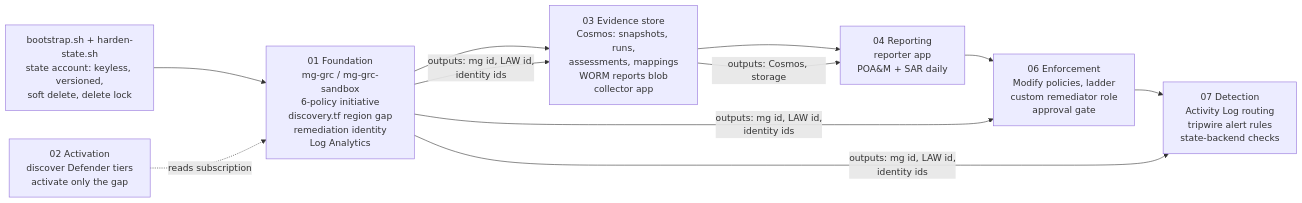
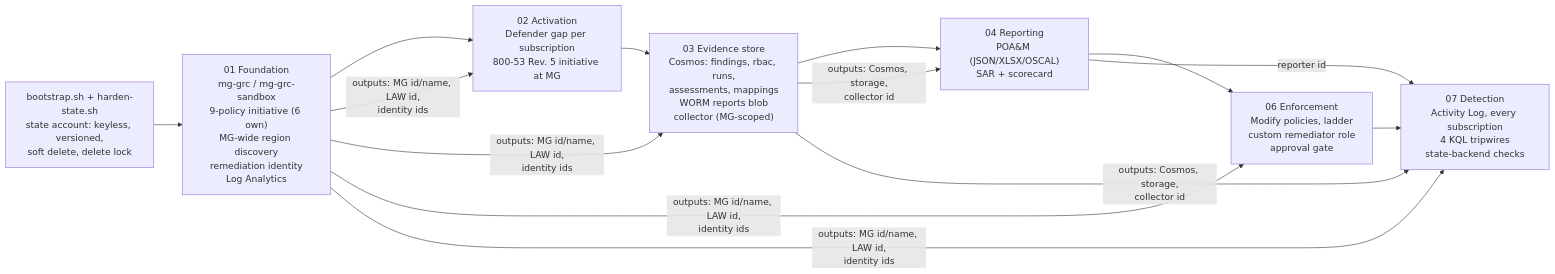
The first of 3 diagrams in docs/ARCHITECTURE.md (ThePrivacyPrince/CGE-Azure-Capstone), drawn with Mermaid before and after one commit. The commit also changed other lines of this file and 7 other files, not shown here.

First line of the commit message:
docs: FAFO scenario, federal track, scale by scope, schema justification

````diff
--- a/docs/ARCHITECTURE.md
+++ b/docs/ARCHITECTURE.md
@@ -7,12 +26,13 @@
 ```mermaid
 flowchart LR
-  B[bootstrap.sh + harden-state.sh<br/>state account: keyless, versioned,<br/>soft delete, delete lock] --> S01
-  S01[01 Foundation<br/>mg-grc / mg-grc-sandbox<br/>6-policy initiative<br/>discovery.tf region gap<br/>remediation identity<br/>Log Analytics] --> S03
-  S02[02 Activation<br/>discover Defender tiers<br/>activate only the gap] -.reads subscription.-> S01
-  S03[03 Evidence store<br/>Cosmos: snapshots, runs,<br/>assessments, mappings<br/>WORM reports blob<br/>collector app] --> S04
-  S04[04 Reporting<br/>reporter app<br/>POA&M + SAR daily] --> S06
-  S06[06 Enforcement<br/>Modify policies, ladder<br/>custom remediator role<br/>approval gate] --> S07
-  S07[07 Detection<br/>Activity Log routing<br/>tripwire alert rules<br/>state-backend checks]
-  S01 -->|outputs: mg id, LAW id,<br/>identity ids| S03 & S06 & S07
-  S03 -->|outputs: Cosmos, storage| S04
+  B["bootstrap.sh + harden-state.sh<br/>state account: keyless, versioned,<br/>soft delete, delete lock"] --> S01
+  S01["01 Foundation<br/>mg-grc / mg-grc-sandbox<br/>9-policy initiative (6 own)<br/>MG-wide region discovery<br/>remediation identity<br/>Log Analytics"] --> S02
+  S02["02 Activation<br/>Defender gap per subscription<br/>800-53 Rev. 5 initiative at MG"] --> S03
+  S03["03 Evidence store<br/>Cosmos: findings, rbac, runs,<br/>assessments, mappings<br/>WORM reports blob<br/>collector (MG-scoped)"] --> S04
+  S04["04 Reporting<br/>POA&M (JSON/XLSX/OSCAL)<br/>SAR + scorecard"] --> S06
+  S06["06 Enforcement<br/>Modify policies, ladder<br/>custom remediator role<br/>approval gate"] --> S07
+  S07["07 Detection<br/>Activity Log, every subscription<br/>4 KQL tripwires<br/>state-backend checks"]
+  S01 -->|outputs: MG id/name, LAW id,<br/>identity ids| S02 & S03 & S06 & S07
+  S03 -->|outputs: Cosmos, storage,<br/>collector id| S04 & S07
+  S04 -->|reporter id| S07
 ```
````
